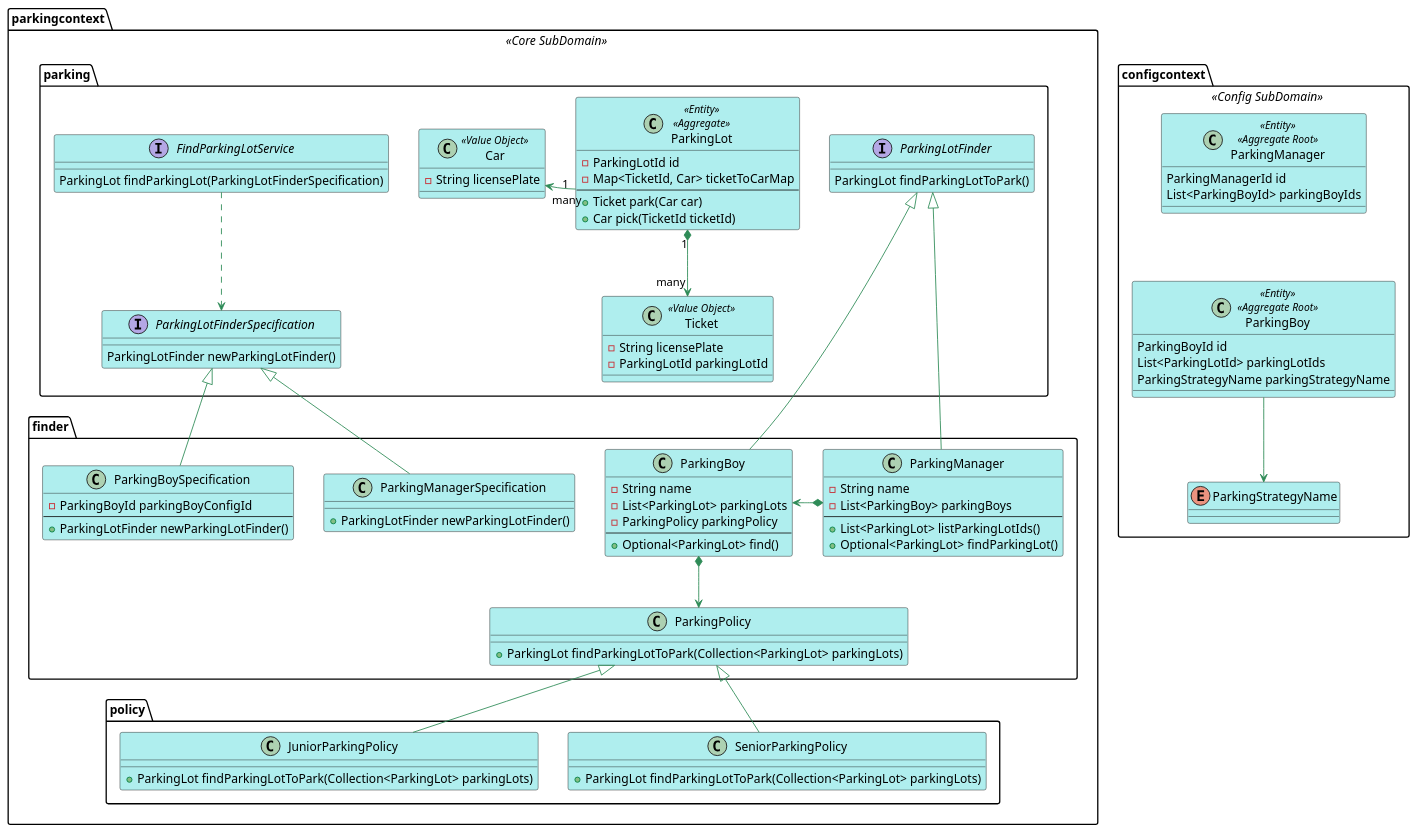
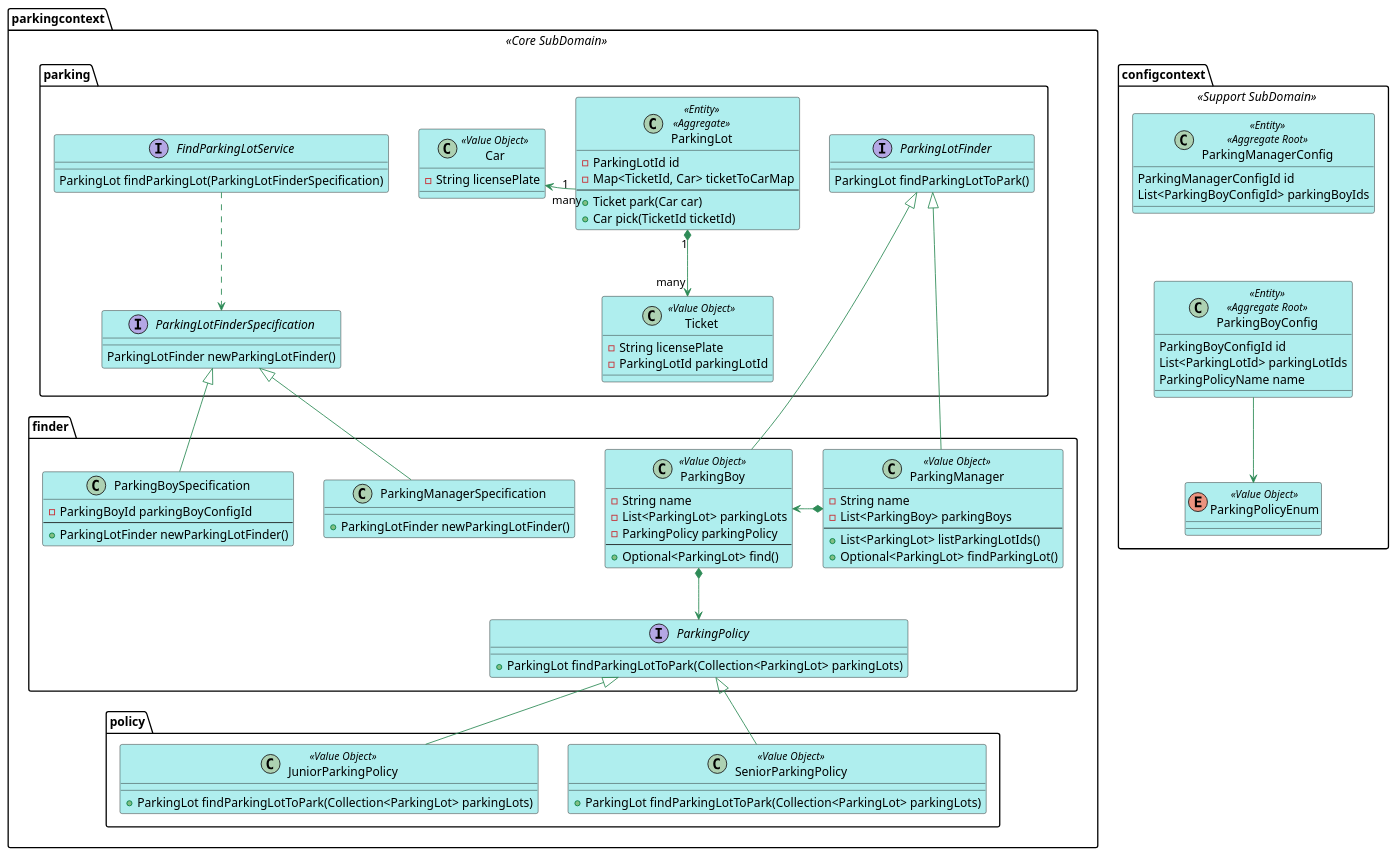
Before and after one commit to gitqh/parking-lot-ddd-workshop: the diagram in graph/domain_model.puml, drawn with PlantUML. The commit also changed 10 other files, not shown here.

```diff
--- a/graph/domain_model.puml
+++ b/graph/domain_model.puml
@@ -1,100 +1,100 @@
 @startuml parkinglot
 skinparam Shadowing false
 skinparam class {
     BackgroundColor PaleTurquoise 
     ArrowColor SeaGreen
 }
 
 package parkingcontext <<Core SubDomain>> {
     package parking {
         interface FindParkingLotService {
             ParkingLot findParkingLot(ParkingLotFinderSpecification)
         }
         interface ParkingLotFinderSpecification {
             ParkingLotFinder newParkingLotFinder()
         }
         interface ParkingLotFinder {
             ParkingLot findParkingLotToPark()
         }
         class ParkingLot <<Entity>> <<Aggregate>> {
             -ParkingLotId id
             -Map<TicketId, Car> ticketToCarMap
             --
             +Ticket park(Car car)
             +Car pick(TicketId ticketId)
         }
         class Ticket <<Value Object>> {
             -String licensePlate
             -ParkingLotId parkingLotId
         }
         class Car <<Value Object>> {
             -String licensePlate
         }
         FindParkingLotService .down.> ParkingLotFinderSpecification
         ParkingLot "1" *-down-> "many" Ticket
         ParkingLot "1" -right-> "many" Car
         ParkingLot --left[hidden] Car
     }
 
     package finder {
         class ParkingManagerSpecification {
             +ParkingLotFinder newParkingLotFinder()
         }
         class ParkingBoySpecification {
             -ParkingBoyId parkingBoyConfigId
             --
             +ParkingLotFinder newParkingLotFinder()
         }
-        class ParkingBoy {
+        class ParkingBoy <<Value Object>> {
             -String name
             -List<ParkingLot> parkingLots
             -ParkingPolicy parkingPolicy
             --
             +Optional<ParkingLot> find()
         }
-        class ParkingManager {
+        class ParkingManager <<Value Object>> {
             -String name
             -List<ParkingBoy> parkingBoys
             --
             +List<ParkingLot> listParkingLotIds()
             +Optional<ParkingLot> findParkingLot()
         }
-        class ParkingPolicy {
+        interface ParkingPolicy {
             +ParkingLot findParkingLotToPark(Collection<ParkingLot> parkingLots)
         }
         ParkingManagerSpecification -up-|> ParkingLotFinderSpecification
         ParkingBoySpecification -up-|> ParkingLotFinderSpecification
         ParkingManager -up-|> ParkingLotFinder
         ParkingBoy -up-|> ParkingLotFinder
         ParkingManager *-left-> ParkingBoy
         ParkingBoy *--> ParkingPolicy
     }
 
     package policy {
-        class SeniorParkingPolicy {
+        class SeniorParkingPolicy <<Value Object>> {
             +ParkingLot findParkingLotToPark(Collection<ParkingLot> parkingLots)
         }
-        class JuniorParkingPolicy {
+        class JuniorParkingPolicy <<Value Object>> {
             +ParkingLot findParkingLotToPark(Collection<ParkingLot> parkingLots)
         }
         SeniorParkingPolicy -up-|> ParkingPolicy
         JuniorParkingPolicy -up-|> ParkingPolicy
     }
 }
 
-namespace configcontext <<Config SubDomain>> {
-  class ParkingManager <<Entity>> <<Aggregate Root>> {
-     ParkingManagerId id
-     List<ParkingBoyId> parkingBoyIds
+namespace configcontext <<Support SubDomain>> {
+  class ParkingManagerConfig <<Entity>> <<Aggregate Root>> {
+     ParkingManagerConfigId id
+     List<ParkingBoyConfigId> parkingBoyIds
   }
-  class ParkingBoy <<Entity>> <<Aggregate Root>> {
-    ParkingBoyId id
+  class ParkingBoyConfig <<Entity>> <<Aggregate Root>> {
+    ParkingBoyConfigId id
     List<ParkingLotId> parkingLotIds
-    ParkingStrategyName parkingStrategyName
+    ParkingPolicyName name
   }
-  enum ParkingStrategyName
-  ParkingBoy --> ParkingStrategyName
-  ParkingManager --[hidden] ParkingBoy
+  enum ParkingPolicyEnum <<Value Object>>
+  ParkingBoyConfig --> ParkingPolicyEnum
+  ParkingManagerConfig --[hidden] ParkingBoyConfig
 }
 
 @enduml
```
